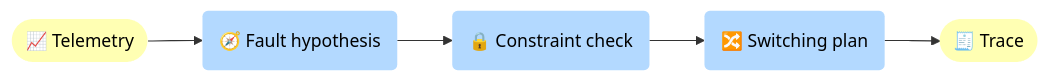
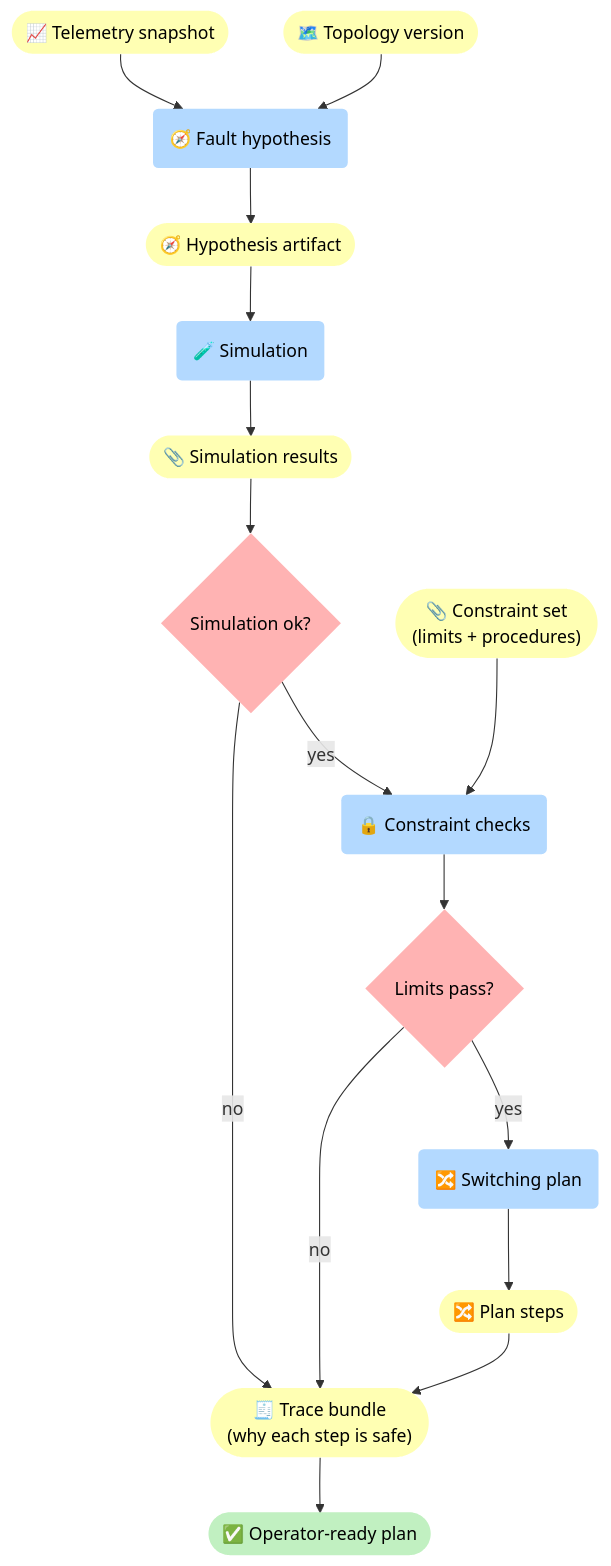
One commit to 5Reasons/5reasons.github.io changed the second of 3 diagrams in docs/case-studies/energy-utilities.md. Above: the diagram before and after it, drawn with Mermaid. The commit also changed other lines of this file and 8 other files, not shown here.

First line of the commit message:
Enhance case studies with detailed flowcharts and explicit gates

````diff
--- a/docs/case-studies/energy-utilities.md
+++ b/docs/case-studies/energy-utilities.md
@@ -99,17 +139,38 @@
 ```mermaid
-flowchart LR
+flowchart TB
 %% Styles (brModel Standard)
 classDef i fill:#D3D3D3,stroke-width:0px,color:#000;
 classDef p fill:#B3D9FF,stroke-width:0px,color:#000;
 classDef r fill:#FFFFB3,stroke-width:0px,color:#000;
 classDef o fill:#C1F0C1,stroke-width:0px,color:#000;
 classDef s fill:#FFB3B3,stroke-width:0px,color:#000;
 
-R_Tel(["📈 Telemetry"]):::r
+R_Tel(["📈 Telemetry snapshot"]):::r
+R_Topo(["🗺️ Topology version"]):::r
 P_F("🧭 Fault hypothesis"):::p
-P_C("🔒 Constraint check"):::p
+R_H(["🧭 Hypothesis artifact"]):::r
+
+P_Sim("🧪 Simulation"):::p
+R_Sim(["📎 Simulation results"]):::r
+G_Sim{"Simulation ok?"}:::s
+
+P_C("🔒 Constraint checks"):::p
+R_Cons(["📎 Constraint set<br>(limits + procedures)"]):::r
+G_Lim{"Limits pass?"}:::s
+
 P_S("🔀 Switching plan"):::p
-R_TR(["🧾 Trace"]):::r
+R_Plan(["🔀 Plan steps"]):::r
+R_TR(["🧾 Trace bundle<br>(why each step is safe)"]):::r
+O_Out(["✅ Operator-ready plan"]):::o
 
-R_Tel --> P_F --> P_C --> P_S --> R_TR
+R_Tel --> P_F
+R_Topo --> P_F
+P_F --> R_H --> P_Sim --> R_Sim --> G_Sim
+G_Sim -->|"no"| R_TR
+G_Sim -->|"yes"| P_C
+
+R_Cons --> P_C
+P_C --> G_Lim
+G_Lim -->|"no"| R_TR
+G_Lim -->|"yes"| P_S --> R_Plan --> R_TR --> O_Out
 ```
````
